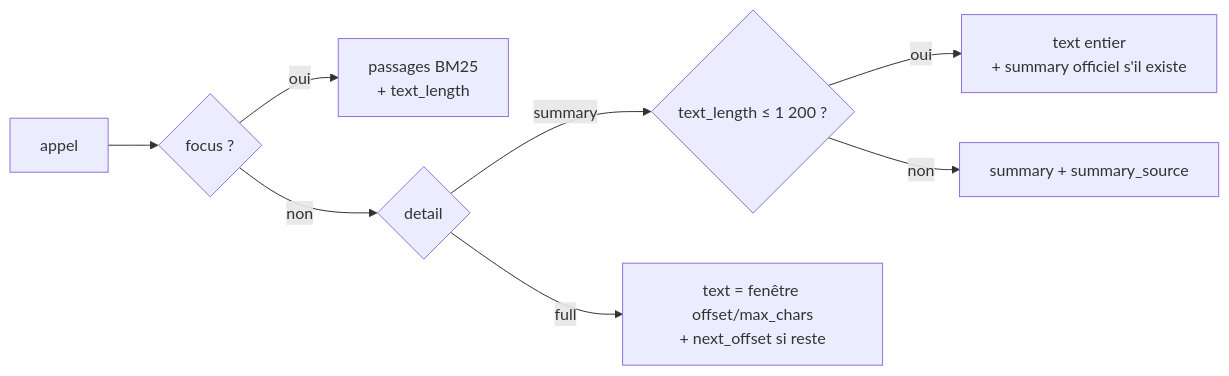
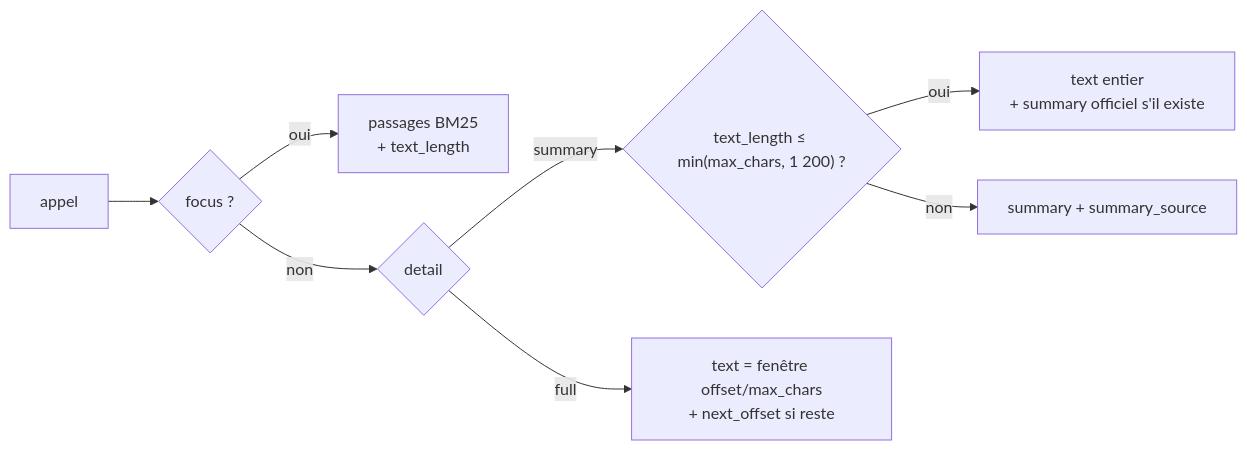
Before and after one commit to muchiny/mcp-legifrance: the diagram in docs/plan/05-outils-mcp.md, drawn with Mermaid. The commit also changed other lines of this file and 29 other files, not shown here.

````diff
--- a/docs/plan/05-outils-mcp.md
+++ b/docs/plan/05-outils-mcp.md
@@ -535,10 +572,10 @@
 ```mermaid
 flowchart LR
   A[appel] --> F{focus ?}
   F -- oui --> P[passages BM25<br/>+ text_length]
   F -- non --> D{detail}
-  D -- summary --> S{text_length ≤ 1 200 ?}
+  D -- summary --> S{"text_length ≤ min(max_chars, 1 200) ?"}
   S -- oui --> T[text entier<br/>+ summary officiel s'il existe]
   S -- non --> R[summary + summary_source]
   D -- full --> W[text = fenêtre offset/max_chars<br/>+ next_offset si reste]
 ```
````
